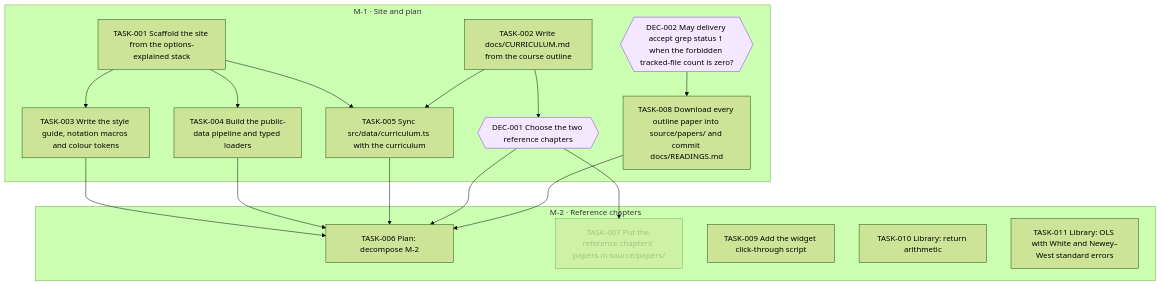
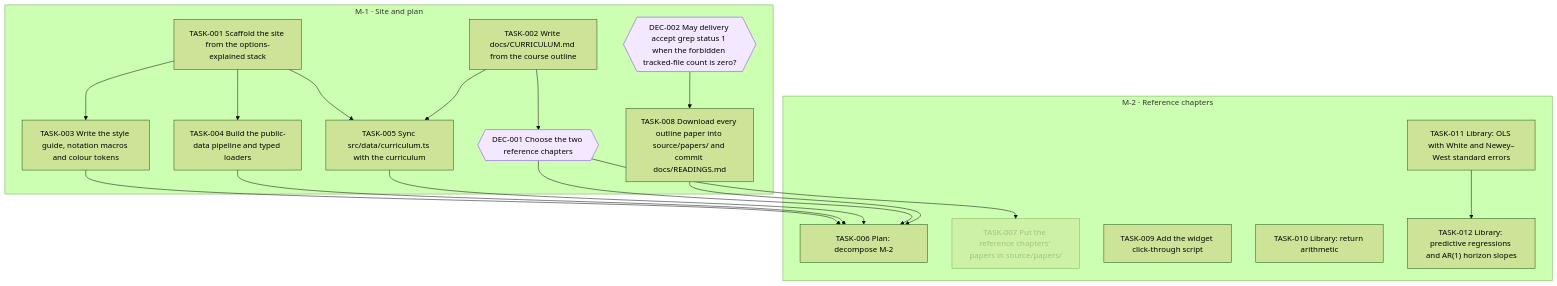
The diagram in goals/course-site/README.md (all-explained/empirical-finance-lbs), drawn with Mermaid (forest theme) before and after one commit. The commit also changed 1 other file, not shown here.

Commit message:
goal(course-site): add TASK-012 Library: predictive regressions and AR(1) horizon slopes

````diff
--- a/goals/course-site/README.md
+++ b/goals/course-site/README.md
@@ -39,38 +39,40 @@
 ```mermaid
 flowchart TD
   subgraph M_1["M-1 · Site and plan"]
     DEC_001{{"DEC-001 Choose the two reference chapters"}}
     DEC_002{{"DEC-002 May delivery accept grep status 1 when the forbidden tracked-file count is zero?"}}
     TASK_001["TASK-001 Scaffold the site from the options-explained stack"]
     TASK_002["TASK-002 Write docs/CURRICULUM.md from the course outline"]
     TASK_003["TASK-003 Write the style guide, notation macros and colour tokens"]
     TASK_004["TASK-004 Build the public-data pipeline and typed loaders"]
     TASK_005["TASK-005 Sync src/data/curriculum.ts with the curriculum"]
     TASK_008["TASK-008 Download every outline paper into source/papers/ and commit docs/READINGS.md"]
   end
   subgraph M_2["M-2 · Reference chapters"]
     TASK_006["TASK-006 Plan: decompose M-2"]
     TASK_007["TASK-007 Put the reference chapters' papers in source/papers/"]
     TASK_009["TASK-009 Add the widget click-through script"]
     TASK_010["TASK-010 Library: return arithmetic"]
     TASK_011["TASK-011 Library: OLS with White and Newey–West standard errors"]
+    TASK_012["TASK-012 Library: predictive regressions and AR(1) horizon slopes"]
   end
   TASK_002 --> DEC_001
   TASK_001 --> TASK_003
   TASK_001 --> TASK_004
   TASK_001 --> TASK_005
   TASK_002 --> TASK_005
   TASK_003 --> TASK_006
   TASK_004 --> TASK_006
   TASK_005 --> TASK_006
   DEC_001 --> TASK_006
   TASK_008 --> TASK_006
   DEC_001 --> TASK_007
   DEC_002 --> TASK_008
+  TASK_011 --> TASK_012
   classDef draft stroke-dasharray: 4 3
   classDef cancelled opacity:0.45
   classDef decision fill:#f3e8ff,stroke:#7c3aed
   class TASK_007 cancelled
   class DEC_001 decision
   class DEC_002 decision
 ```
````
